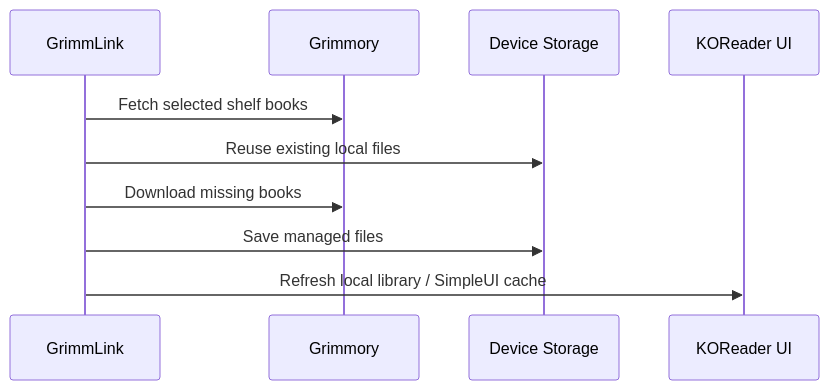
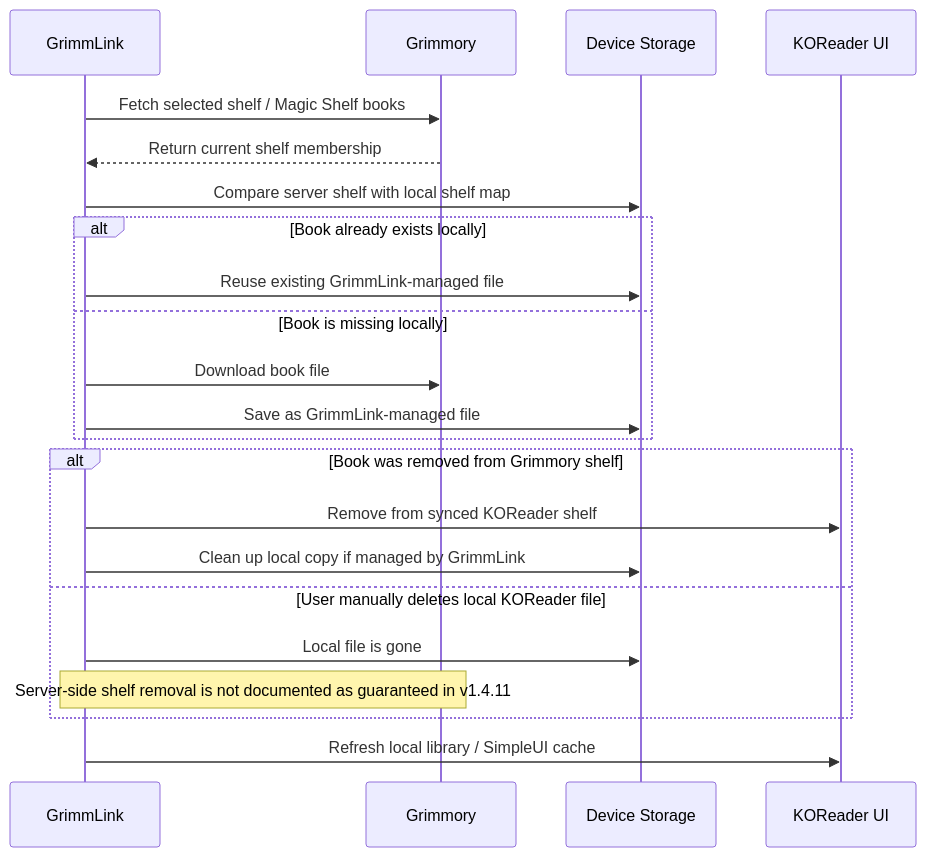
The third of 3 diagrams in README.md (0xstillb/GrimmLink), drawn with Mermaid before and after one commit. The commit also changed other lines of this file, not shown here.

````diff
--- a/README.md
+++ b/README.md
@@ -326,13 +350,28 @@
 ```mermaid
 sequenceDiagram
     participant G as GrimmLink
     participant S as Grimmory
     participant D as Device Storage
     participant U as KOReader UI
 
-    G->>S: Fetch selected shelf books
-    G->>D: Reuse existing local files
-    G->>S: Download missing books
-    G->>D: Save managed files
+    G->>S: Fetch selected shelf / Magic Shelf books
+    S-->>G: Return current shelf membership
+    G->>D: Compare server shelf with local shelf map
+
+    alt Book already exists locally
+        G->>D: Reuse existing GrimmLink-managed file
+    else Book is missing locally
+        G->>S: Download book file
+        G->>D: Save as GrimmLink-managed file
+    end
+
+    alt Book was removed from Grimmory shelf
+        G->>U: Remove from synced KOReader shelf
+        G->>D: Clean up local copy if managed by GrimmLink
+    else User manually deletes local KOReader file
+        G->>D: Local file is gone
+        Note over G,S: Server-side shelf removal is not documented as guaranteed in v1.4.11
+    end
+
     G->>U: Refresh local library / SimpleUI cache
 ```
````
